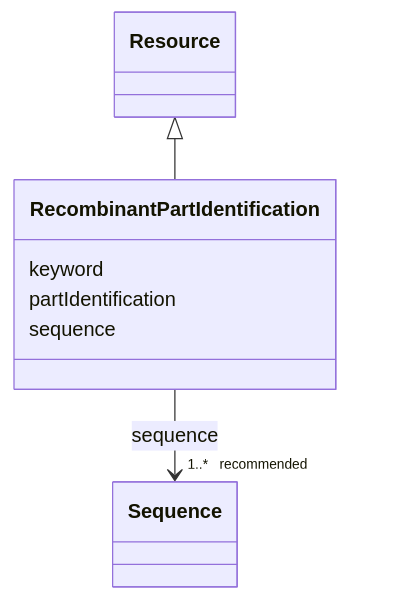
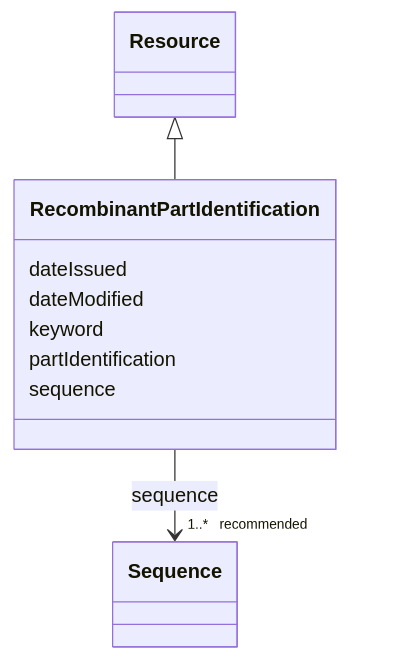
One commit to EVORA-project/evora-ontology changed the diagram in models/docs/RecombinantPartIdentification.md. Above: the diagram before and after it, drawn with Mermaid. The commit also changed other lines of this file and 377 other files, not shown here.

````diff
--- a/models/docs/RecombinantPartIdentification.md
+++ b/models/docs/RecombinantPartIdentification.md
@@ -19,22 +19,26 @@
 ```mermaid
  classDiagram
     class RecombinantPartIdentification
     click RecombinantPartIdentification href "../RecombinantPartIdentification"
       Resource <|-- RecombinantPartIdentification
         click Resource href "../Resource"
       
+      RecombinantPartIdentification : dateIssued
+        
+      RecombinantPartIdentification : dateModified
+        
       RecombinantPartIdentification : keyword
         
       RecombinantPartIdentification : partIdentification
         
       RecombinantPartIdentification : sequence
         
           
     
     
     RecombinantPartIdentification --> "1..* _recommended_" Sequence : sequence
     click Sequence href "../Sequence"
 
         
       
 ```
````
